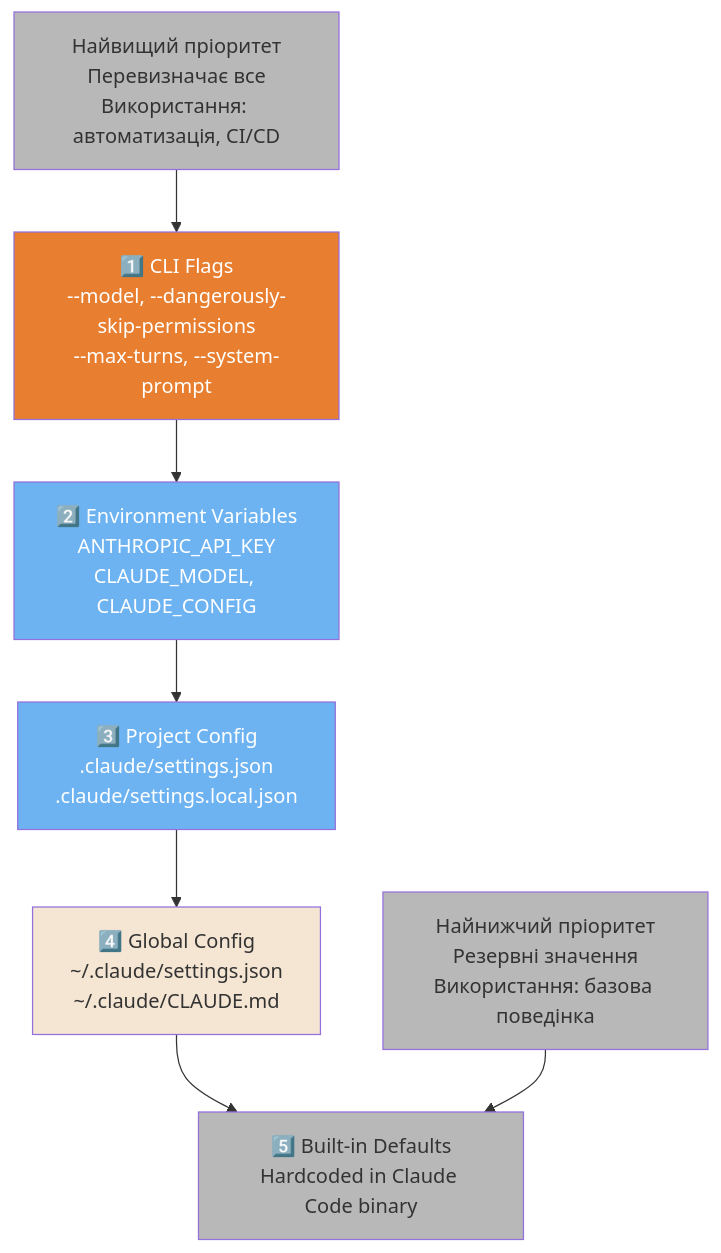
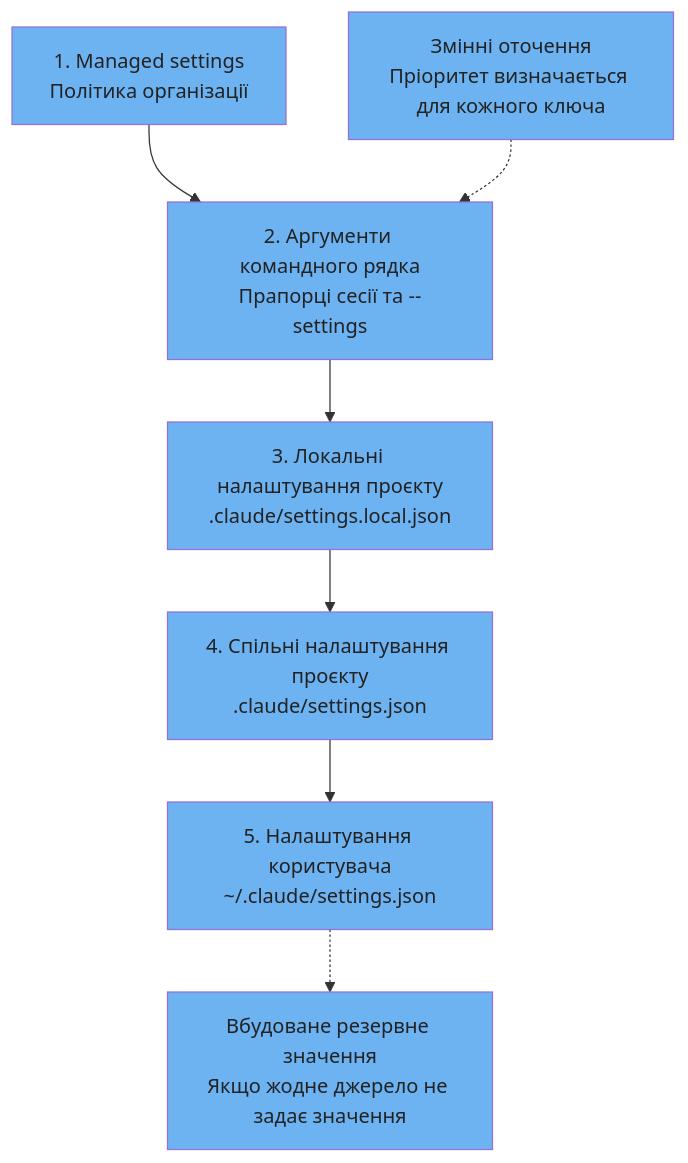
The first of 4 diagrams in guide/diagrams/03-configuration-system.uk.md (sermers-cyber/claude-code-ultimate-guide-ua), drawn with Mermaid before and after one commit. The commit also changed other lines of this file and 80 other files, not shown here.

````diff
--- a/guide/diagrams/03-configuration-system.uk.md
+++ b/guide/diagrams/03-configuration-system.uk.md
@@ -17,26 +17,23 @@
 ```mermaid
 flowchart TD
-    A["1️⃣ CLI Flags<br/>--model, --dangerously-skip-permissions<br/>--max-turns, --system-prompt"] --> B["2️⃣ Environment Variables<br/>ANTHROPIC_API_KEY<br/>CLAUDE_MODEL, CLAUDE_CONFIG"]
-    B --> C["3️⃣ Project Config<br/>.claude/settings.json<br/>.claude/settings.local.json"]
-    C --> D["4️⃣ Global Config<br/>~/.claude/settings.json<br/>~/.claude/CLAUDE.md"]
-    D --> E["5️⃣ Built-in Defaults<br/>Hardcoded in Claude Code binary"]
-
-    A1["Найвищий пріоритет<br/>Перевизначає все<br/>Використання: автоматизація, CI/CD"] --> A
-    E1["Найнижчий пріоритет<br/>Резервні значення<br/>Використання: базова поведінка"] --> E
-
-    style A fill:#E87E2F,color:#fff
-    style B fill:#6DB3F2,color:#fff
-    style C fill:#6DB3F2,color:#fff
-    style D fill:#F5E6D3,color:#333
-    style E fill:#B8B8B8,color:#333
-    style A1 fill:#B8B8B8,color:#333
-    style E1 fill:#B8B8B8,color:#333
-
-    click A href "https://github.com/gerasimsergey/claude-code-ultimate-guide-ua/blob/main/guide/ultimate-guide.md#34-precedence-rules" "CLI Flags — найвищий пріоритет"
-    click B href "https://github.com/gerasimsergey/claude-code-ultimate-guide-ua/blob/main/guide/ultimate-guide.md#33-settings--permissions" "Змінні середовища (Environment Variables)"
-    click C href "https://github.com/gerasimsergey/claude-code-ultimate-guide-ua/blob/main/guide/ultimate-guide.md#33-settings--permissions" "Конфігурація проекту (Project Config)"
-    click D href "https://github.com/gerasimsergey/claude-code-ultimate-guide-ua/blob/main/guide/ultimate-guide.md#31-memory-files-claudemd" "Глобальна конфігурація (Global Config)"
-    click E href "https://github.com/gerasimsergey/claude-code-ultimate-guide-ua/blob/main/guide/ultimate-guide.md#34-precedence-rules" "Вбудовані значення за замовчуванням (Built-in Defaults)"
-    click A1 href "https://github.com/gerasimsergey/claude-code-ultimate-guide-ua/blob/main/guide/ultimate-guide.md#34-precedence-rules" "Найвищий пріоритет"
-    click E1 href "https://github.com/gerasimsergey/claude-code-ultimate-guide-ua/blob/main/guide/ultimate-guide.md#34-precedence-rules" "Найнижчий пріоритет"
+    A[1. Managed settings<br/>Політика організації] --> B[2. Аргументи командного рядка<br/>Прапорці сесії та --settings]
+    B --> C[3. Локальні налаштування проєкту<br/>.claude/settings.local.json]
+    C --> D[4. Спільні налаштування проєкту<br/>.claude/settings.json]
+    D --> E[5. Налаштування користувача<br/>~/.claude/settings.json]
+    E -.-> FALL[Вбудоване резервне значення<br/>Якщо жодне джерело не задає значення]
+    ENV[Змінні оточення<br/>Пріоритет визначається для кожного ключа] -.-> B
+    style A fill:#6DB3F2,color:#222
+    click A href "https://github.com/FlorianBruniaux/claude-code-ultimate-guide/blob/main/guide/ultimate-guide.md#34-precedence-rules" "Precedence rules"
+    style B fill:#6DB3F2,color:#222
+    click B href "https://github.com/FlorianBruniaux/claude-code-ultimate-guide/blob/main/guide/ultimate-guide.md#34-precedence-rules" "Precedence rules"
+    style C fill:#6DB3F2,color:#222
+    click C href "https://github.com/FlorianBruniaux/claude-code-ultimate-guide/blob/main/guide/ultimate-guide.md#34-precedence-rules" "Precedence rules"
+    style D fill:#6DB3F2,color:#222
+    click D href "https://github.com/FlorianBruniaux/claude-code-ultimate-guide/blob/main/guide/ultimate-guide.md#34-precedence-rules" "Precedence rules"
+    style E fill:#6DB3F2,color:#222
+    click E href "https://github.com/FlorianBruniaux/claude-code-ultimate-guide/blob/main/guide/ultimate-guide.md#34-precedence-rules" "Precedence rules"
+    style FALL fill:#6DB3F2,color:#222
+    click FALL href "https://github.com/FlorianBruniaux/claude-code-ultimate-guide/blob/main/guide/ultimate-guide.md#34-precedence-rules" "Precedence rules"
+    style ENV fill:#6DB3F2,color:#222
+    click ENV href "https://github.com/FlorianBruniaux/claude-code-ultimate-guide/blob/main/guide/ultimate-guide.md#34-precedence-rules" "Precedence rules"
 ```
````
